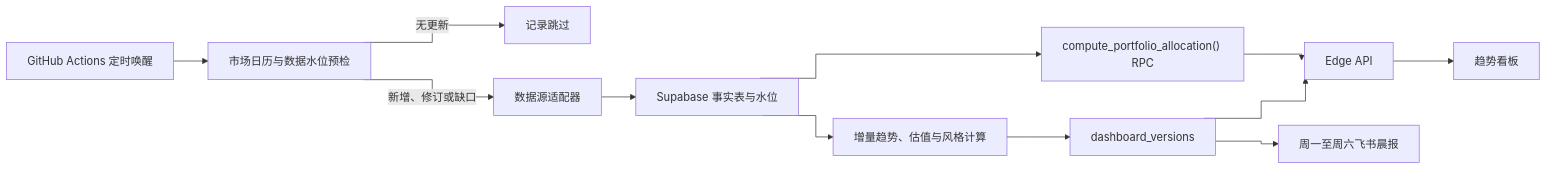
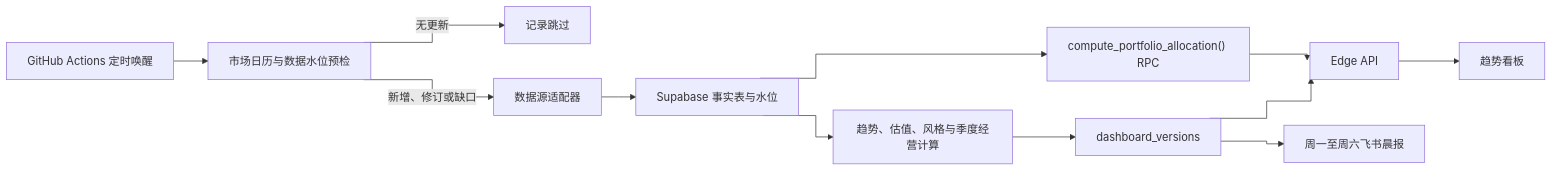
One commit to SakuraO-O/quantification changed the diagram in ARCHITECTURE.md. Above: the diagram before and after it, drawn with Mermaid. The commit also changed other lines of this file and 17 other files, not shown here.

````diff
--- a/ARCHITECTURE.md
+++ b/ARCHITECTURE.md
@@ -7,15 +7,15 @@
 ```mermaid
 %%{init: {"flowchart": {"curve": "stepAfter"}}}%%
 flowchart LR
   A["GitHub Actions 定时唤醒"] --> B["市场日历与数据水位预检"]
   B -->|"无更新"| C["记录跳过"]
   B -->|"新增、修订或缺口"| D["数据源适配器"]
   D --> E["Supabase 事实表与水位"]
-  E --> F["增量趋势、估值与风格计算"]
+  E --> F["趋势、估值、风格与季度经营计算"]
   F --> G["dashboard_versions"]
   E --> K["compute_portfolio_allocation() RPC"]
   K --> H["Edge API"]
   G --> H
   G --> I["周一至周六飞书晨报"]
   H --> J["趋势看板"]
 ```
````
